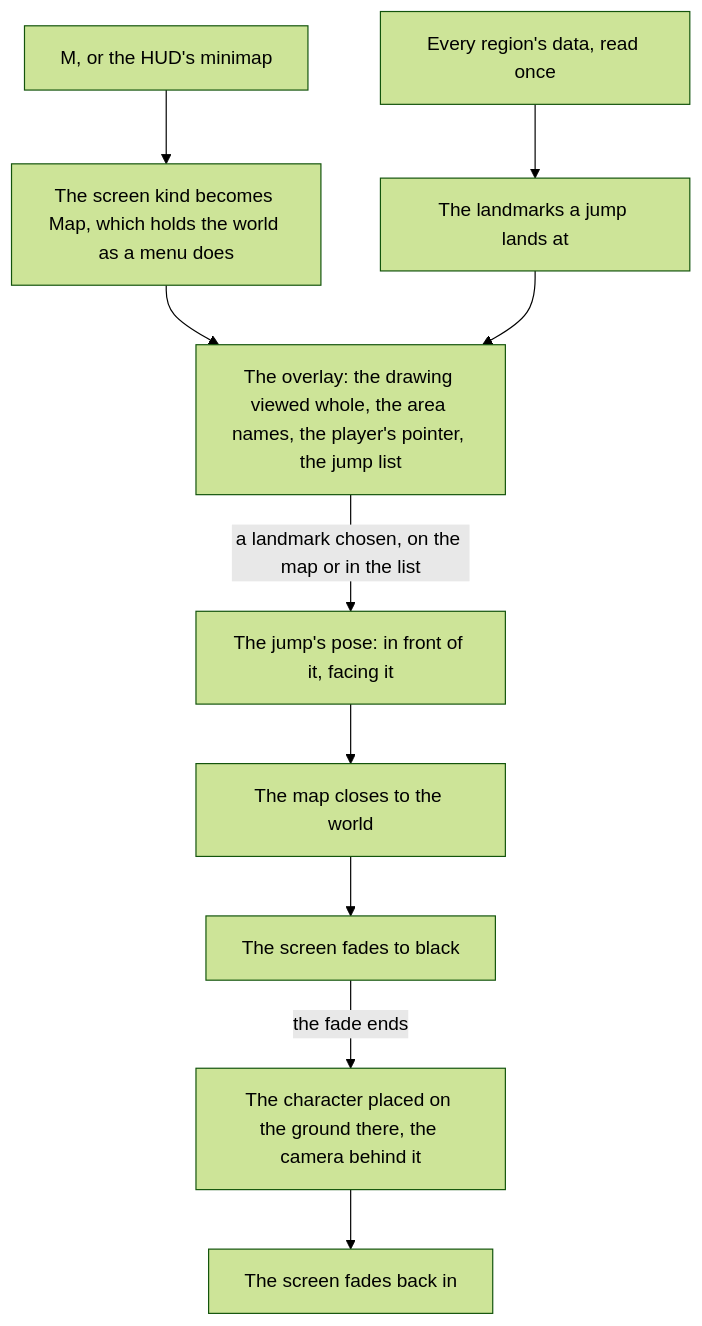
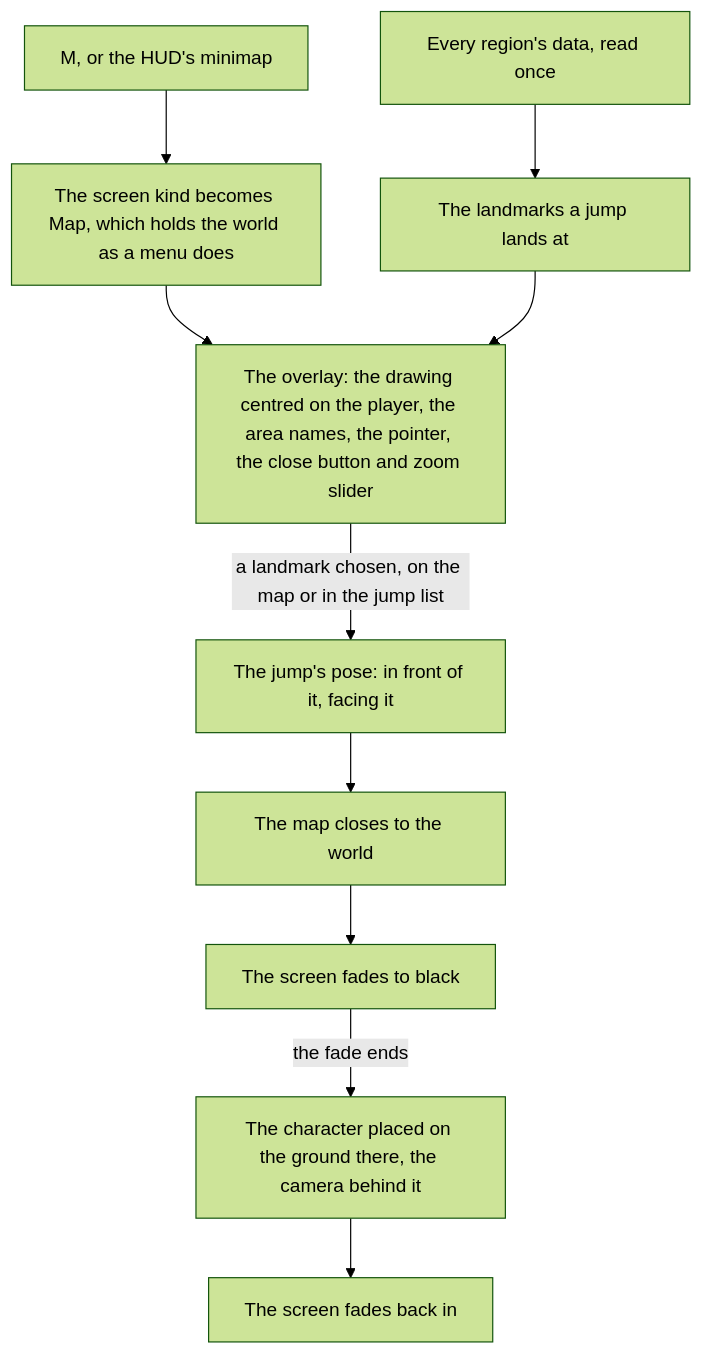
Before and after one commit to Esposter/Esposter: the diagram in apps/web/content/docs/genshin/map.md, drawn with Mermaid (forest theme). The commit also changed other lines of this file and 3 other files, not shown here.

Commit message:
docs(genshin): the map is the open map at full screen, centred on the player, its close button and zoom slider placed off the wiki's screenshot, the jump list kept for the keyboard, and its gaps named; an SVG's sizes are read in its viewBox's units

````diff
--- a/apps/web/content/docs/genshin/map.md
+++ b/apps/web/content/docs/genshin/map.md
@@ -12,12 +12,12 @@
 ```mermaid
 flowchart TD
   M["M, or the HUD's minimap"] --> SCR["The screen kind becomes Map, which holds the world as a menu does"]
-  SCR --> OV["The overlay: the drawing viewed whole, the area names, the player's pointer, the jump list"]
+  SCR --> OV["The overlay: the drawing centred on the player, the area names, the pointer, the close button and zoom slider"]
   REG["Every region's data, read once"] --> LM["The landmarks a jump lands at"]
   LM --> OV
-  OV -->|"a landmark chosen, on the map or in the list"| POSE["The jump's pose: in front of it, facing it"]
+  OV -->|"a landmark chosen, on the map or in the jump list"| POSE["The jump's pose: in front of it, facing it"]
   POSE --> CLOSE["The map closes to the world"]
   CLOSE --> FADE["The screen fades to black"]
   FADE -->|"the fade ends"| PLACE["The character placed on the ground there, the camera behind it"]
   PLACE --> IN["The screen fades back in"]
 ```
````
